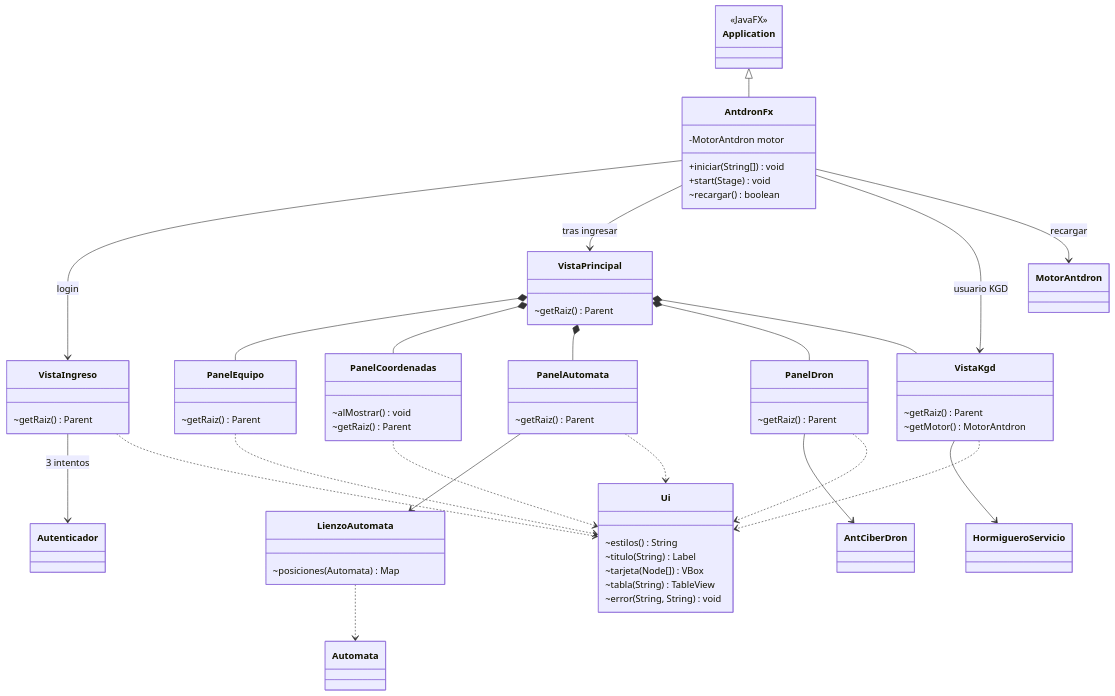
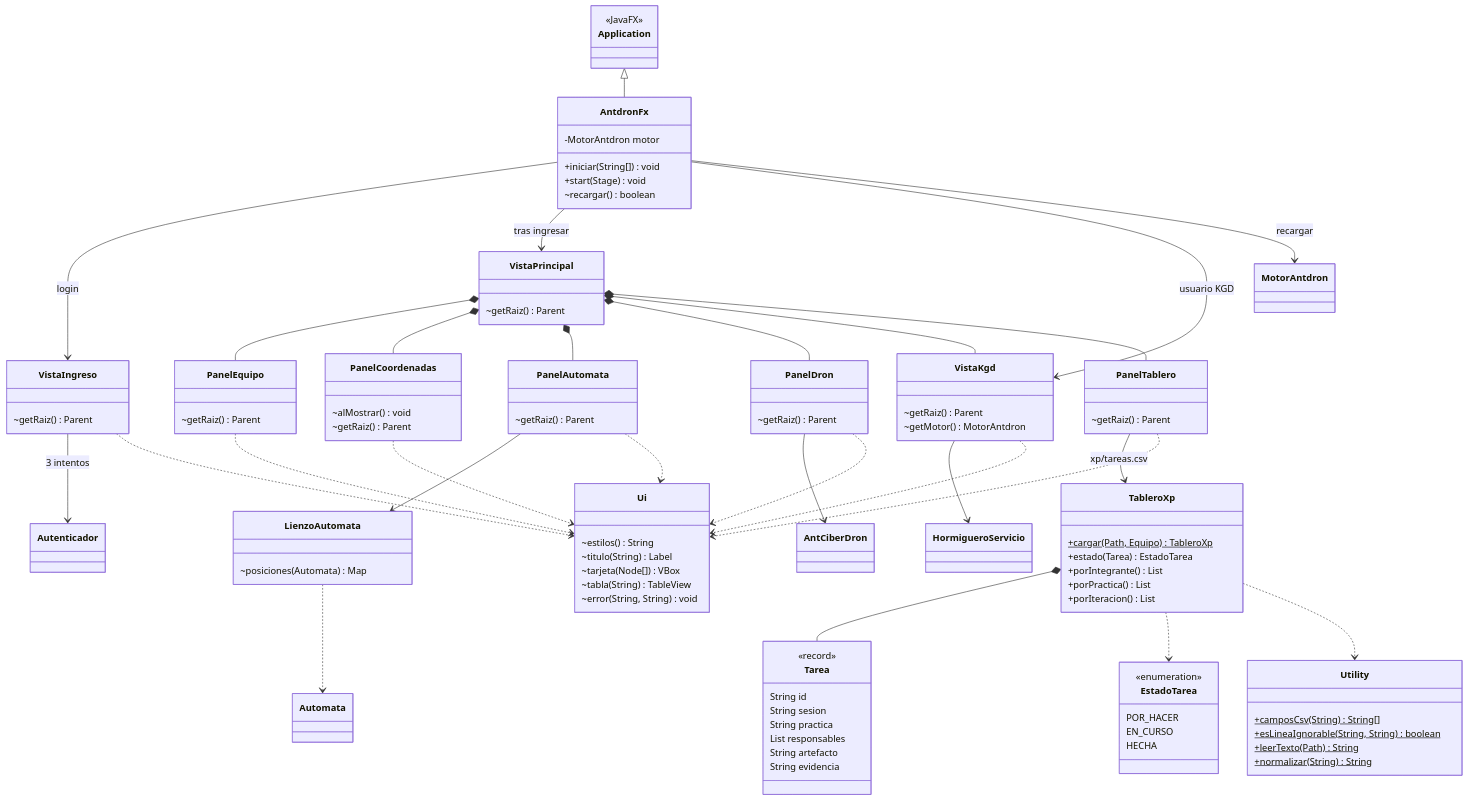
The fifth of 8 diagrams in docs/diagramas/clases.md (papasfritasovo1997-cyber/Prueba-Hop), drawn with Mermaid before and after one commit. The commit also changed other lines of this file and 49 other files, not shown here.

````diff
--- a/docs/diagramas/clases.md
+++ b/docs/diagramas/clases.md
@@ -494,6 +493,37 @@
         ~getRaiz() Parent
         ~getMotor() MotorAntdron
     }
+    class PanelTablero {
+        ~getRaiz() Parent
+    }
+    class TableroXp {
+        +cargar(Path, Equipo)$ TableroXp
+        +estado(Tarea) EstadoTarea
+        +porIntegrante() List
+        +porPractica() List
+        +porIteracion() List
+    }
+    class Tarea {
+        <<record>>
+        String id
+        String sesion
+        String practica
+        List responsables
+        String artefacto
+        String evidencia
+    }
+    class EstadoTarea {
+        <<enumeration>>
+        POR_HACER
+        EN_CURSO
+        HECHA
+    }
+    class Utility {
+        +camposCsv(String)$ String[]
+        +esLineaIgnorable(String, String)$ boolean
+        +leerTexto(Path)$ String
+        +normalizar(String)$ String
+    }
     class Ui {
         ~estilos() String
         ~titulo(String) Label
@@ -518,6 +548,11 @@
     VistaPrincipal *-- PanelAutomata
     VistaPrincipal *-- PanelDron
     VistaPrincipal *-- VistaKgd
+    VistaPrincipal *-- PanelTablero
+    PanelTablero --> TableroXp : xp/tareas.csv
+    TableroXp *-- Tarea
+    TableroXp ..> EstadoTarea
+    TableroXp ..> Utility
     PanelAutomata --> LienzoAutomata
     LienzoAutomata ..> Automata
     PanelDron --> AntCiberDron
@@ -527,5 +562,6 @@
     PanelAutomata ..> Ui
     PanelDron ..> Ui
     VistaKgd ..> Ui
+    PanelTablero ..> Ui
     VistaIngreso ..> Ui
 ```
````
